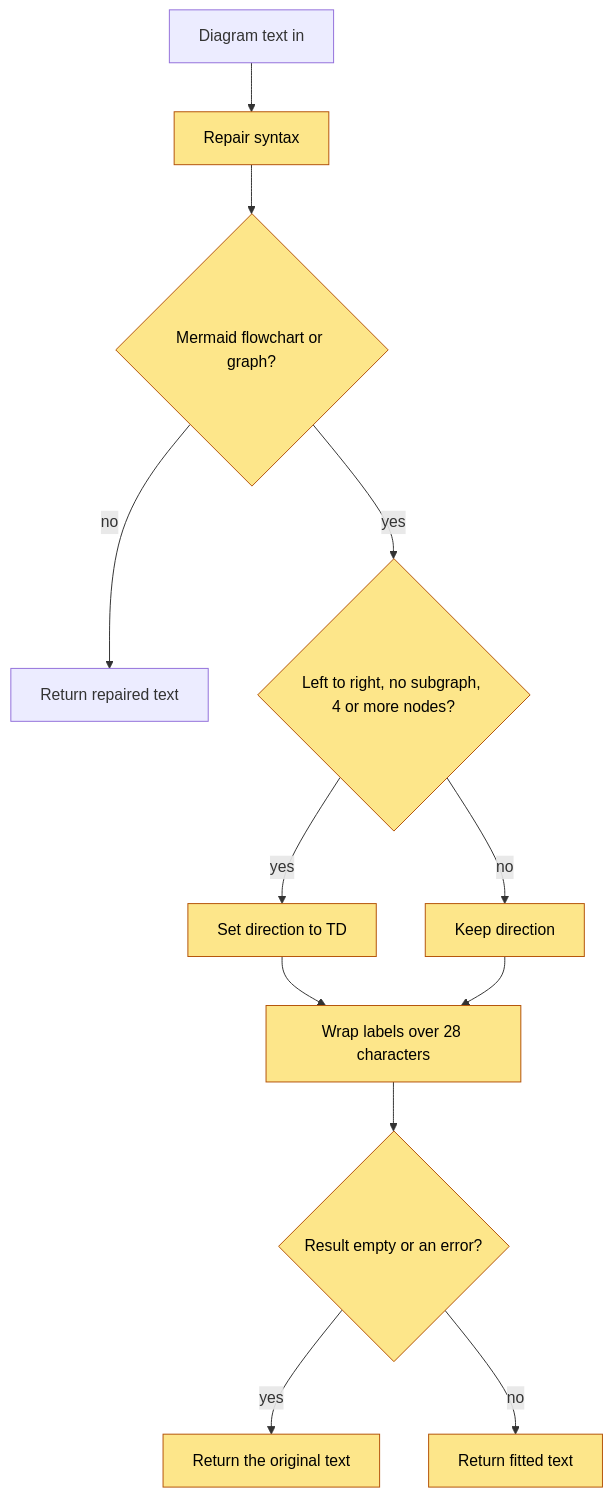
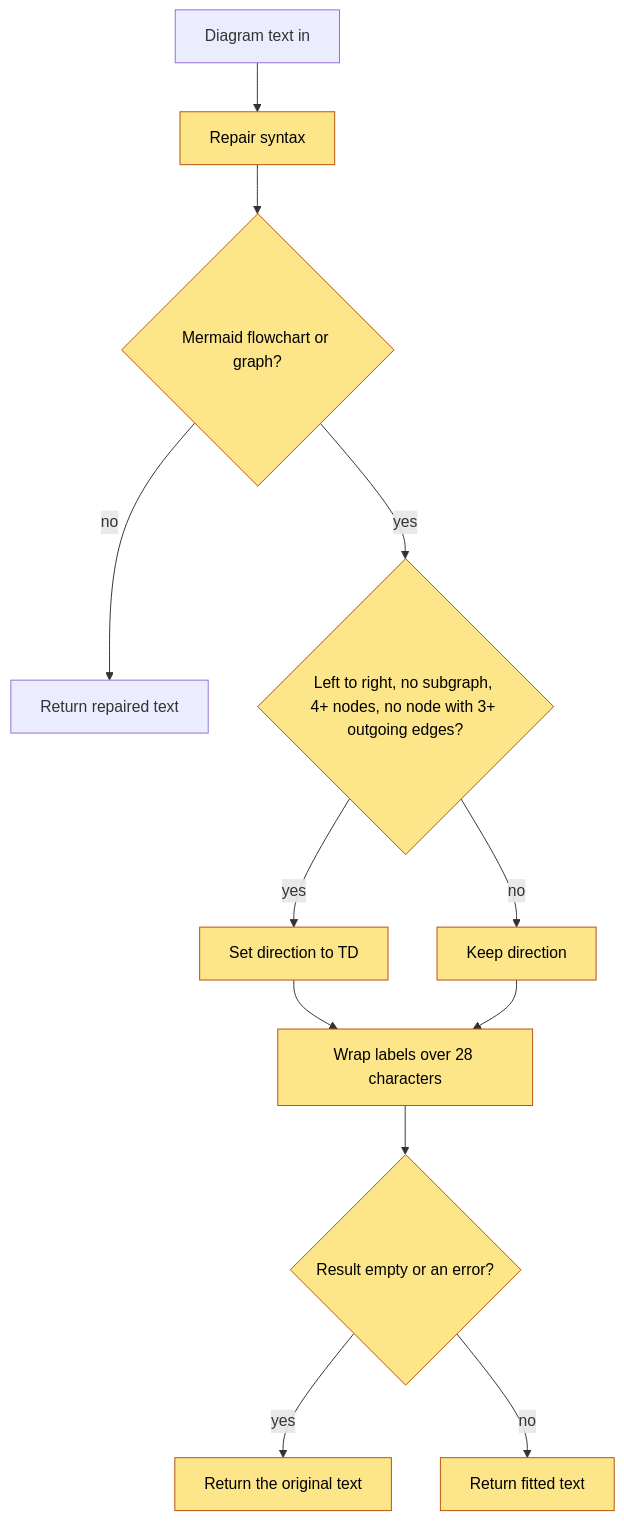
The diagram in docs/diagram-fit/logic_flow.md (Sakethv7/SakethWiki), drawn with Mermaid before and after one commit. The commit also changed other lines of this file and 3 other files, not shown here.

Commit message:
Diagram fit docs: amendments for the fan-out rule, per-diagram revert, and the Obsidian init-line finding

````diff
--- a/docs/diagram-fit/logic_flow.md
+++ b/docs/diagram-fit/logic_flow.md
@@ -5,16 +5,16 @@
 ```mermaid
 flowchart TD
     A[Diagram text in] --> B[Repair syntax]
     B --> C{Mermaid flowchart or graph?}
     C -- no --> G[Return repaired text]
-    C -- yes --> D{Left to right, no subgraph, 4 or more nodes?}
+    C -- yes --> D{Left to right, no subgraph, 4+ nodes, no node with 3+ outgoing edges?}
     D -- yes --> E[Set direction to TD]
     D -- no --> F[Keep direction]
     E --> H[Wrap labels over 28 characters]
     F --> H
     H --> I{Result empty or an error?}
     I -- yes --> J[Return the original text]
     I -- no --> K[Return fitted text]
     classDef new fill:#fde68a,stroke:#b45309,color:#000;
     class B,C,D,E,F,H,I,J,K new;
 ```
````
